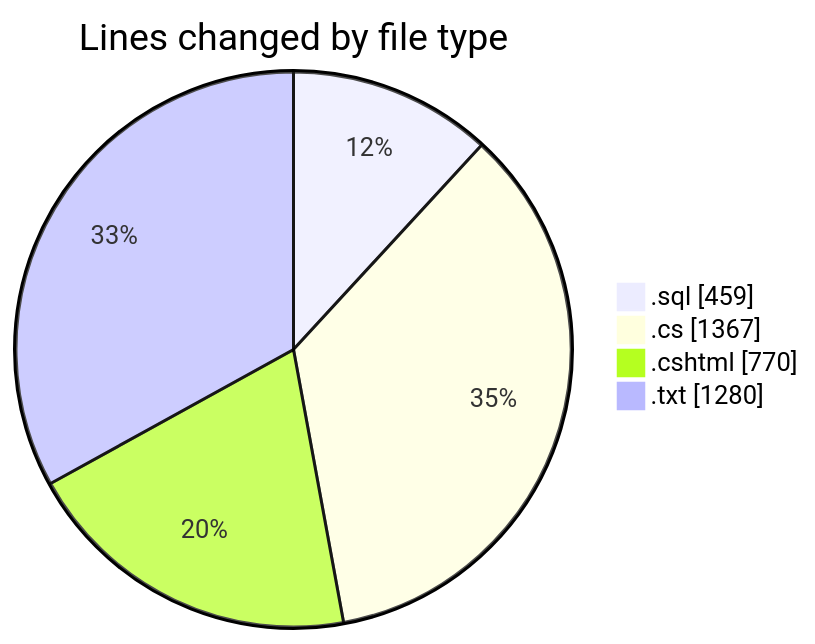
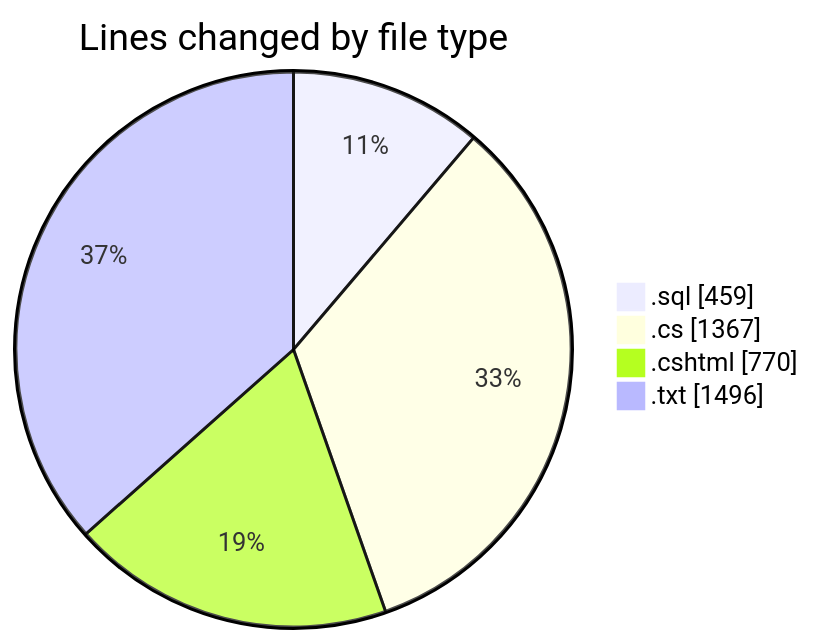
The first of 2 diagrams in 2025-07-23/quanlyrapchieuphim/README.md (lephambinh05/code-tracking), drawn with Mermaid before and after one commit. The commit also changed other lines of this file and 1 other file, not shown here.

````diff
--- a/2025-07-23/quanlyrapchieuphim/README.md
+++ b/2025-07-23/quanlyrapchieuphim/README.md
@@ -29,8 +29,8 @@
 ```mermaid
 pie showData
 title Lines changed by file type
 ".sql" : 459
 ".cs" : 1367
 ".cshtml" : 770
-".txt" : 1280
+".txt" : 1496
 ```
````
